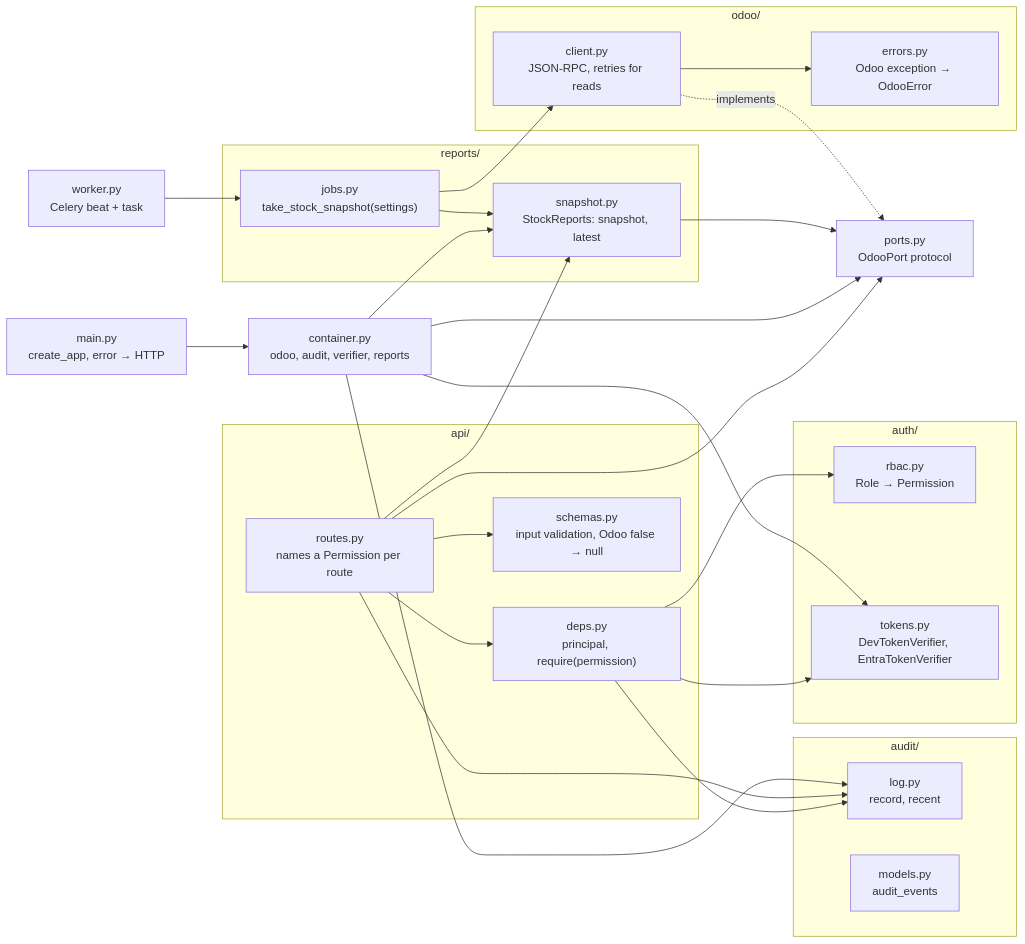
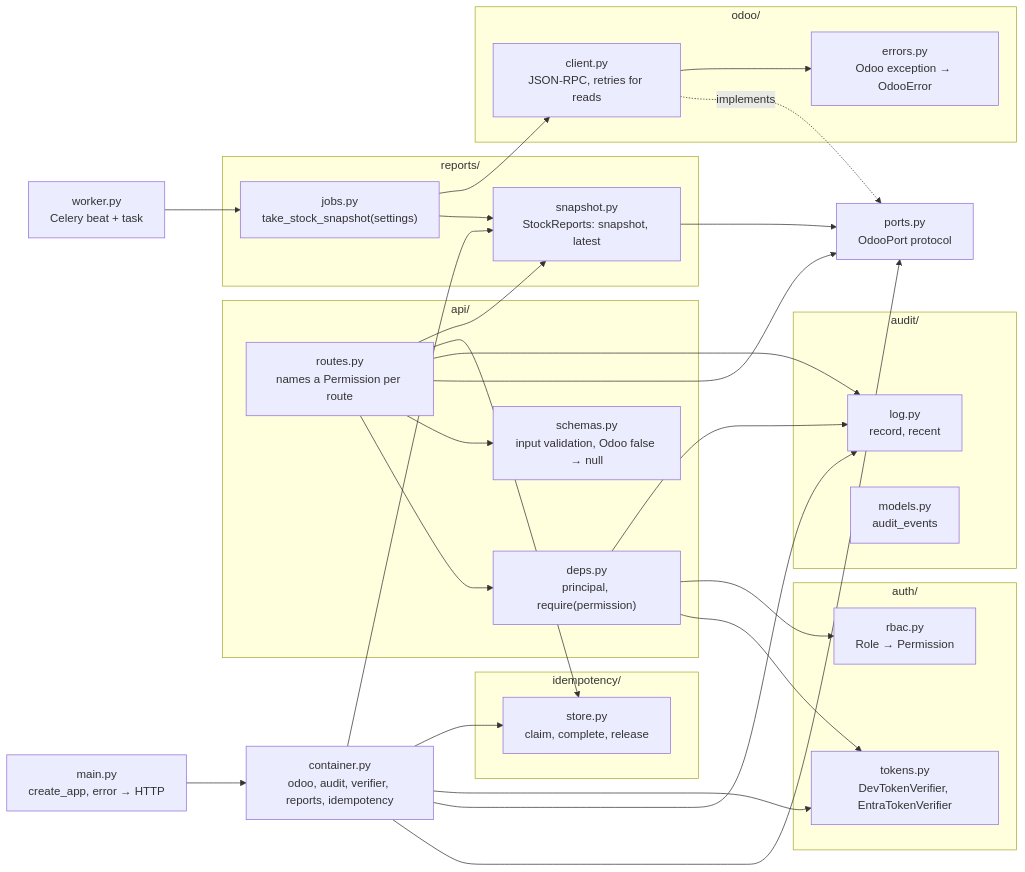
One commit to sergeonito/odoo-gateway changed the second of 3 diagrams in docs/architecture.md. Above: the diagram before and after it, drawn with Mermaid. The commit also changed other lines of this file and 14 other files, not shown here.

Commit message:
Idempotency-Key on writes: claim before Odoo, replay stored result, 409/422 (ADR-0004 closed)

````diff
--- a/docs/architecture.md
+++ b/docs/architecture.md
@@ -38,46 +43,51 @@
 ```mermaid
 flowchart LR
     subgraph api [api/]
         routes[routes.py<br/>names a Permission per route]
         deps["deps.py<br/>principal, require(permission)"]
         schemas["schemas.py<br/>input validation, Odoo false → null"]
     end
     subgraph auth [auth/]
         rbac["rbac.py<br/>Role → Permission"]
         tokens[tokens.py<br/>DevTokenVerifier, EntraTokenVerifier]
     end
     subgraph audit [audit/]
         log[log.py<br/>record, recent]
         models[models.py<br/>audit_events]
     end
+    subgraph idem [idempotency/]
+        store["store.py<br/>claim, complete, release"]
+    end
     subgraph reports [reports/]
         snapshot["snapshot.py<br/>StockReports: snapshot, latest"]
         jobs["jobs.py<br/>take_stock_snapshot(settings)"]
     end
     worker["worker.py<br/>Celery beat + task"]
     ports[ports.py<br/>OdooPort protocol]
     subgraph odoo [odoo/]
         client["client.py<br/>JSON-RPC, retries for reads"]
         errors["errors.py<br/>Odoo exception → OdooError"]
     end
-    container[container.py<br/>odoo, audit, verifier, reports]
+    container[container.py<br/>odoo, audit, verifier, reports, idempotency]
     main["main.py<br/>create_app, error → HTTP"]
 
     routes --> deps --> tokens
     deps --> rbac
     deps --> log
     routes --> schemas
     routes --> ports
     routes --> log
+    routes --> store
     client -. implements .-> ports
     client --> errors
     main --> container
     container --> ports
     container --> log
     container --> tokens
     container --> snapshot
+    container --> store
     routes --> snapshot
     snapshot --> ports
     worker --> jobs --> snapshot
     jobs --> client
 ```
````
